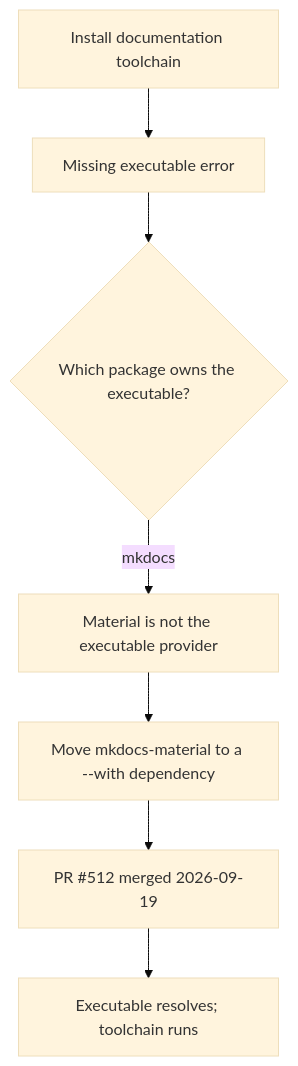
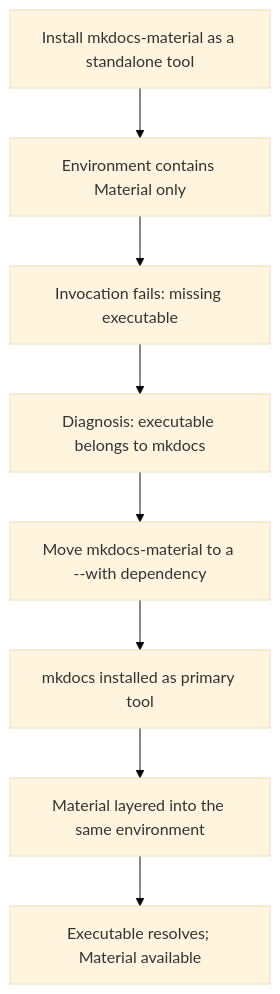
The diagram in wiki/topics/mkdocs-material-installation-issue.md (hybridindie/wiki-fabric), drawn with Mermaid (base theme) before and after one commit. The commit also changed other lines of this file and 43 other files, not shown here.

````diff
--- a/wiki/topics/mkdocs-material-installation-issue.md
+++ b/wiki/topics/mkdocs-material-installation-issue.md
@@ -30,9 +35,10 @@
 ```mermaid
 flowchart TD
-    A[Install documentation toolchain] --> B[Missing executable error]
-    B --> C{Which package owns the executable?}
-    C -->|mkdocs| D[Material is not the executable provider]
+    A[Install mkdocs-material as a standalone tool] --> B[Environment contains Material only]
+    B --> C[Invocation fails: missing executable]
+    C --> D[Diagnosis: executable belongs to mkdocs]
     D --> E[Move mkdocs-material to a --with dependency]
-    E --> F[PR #512 merged 2026-09-19]
-    F --> G[Executable resolves; toolchain runs]
+    E --> F[mkdocs installed as primary tool]
+    F --> G[Material layered into the same environment]
+    G --> H[Executable resolves; Material available]
 ```
````
